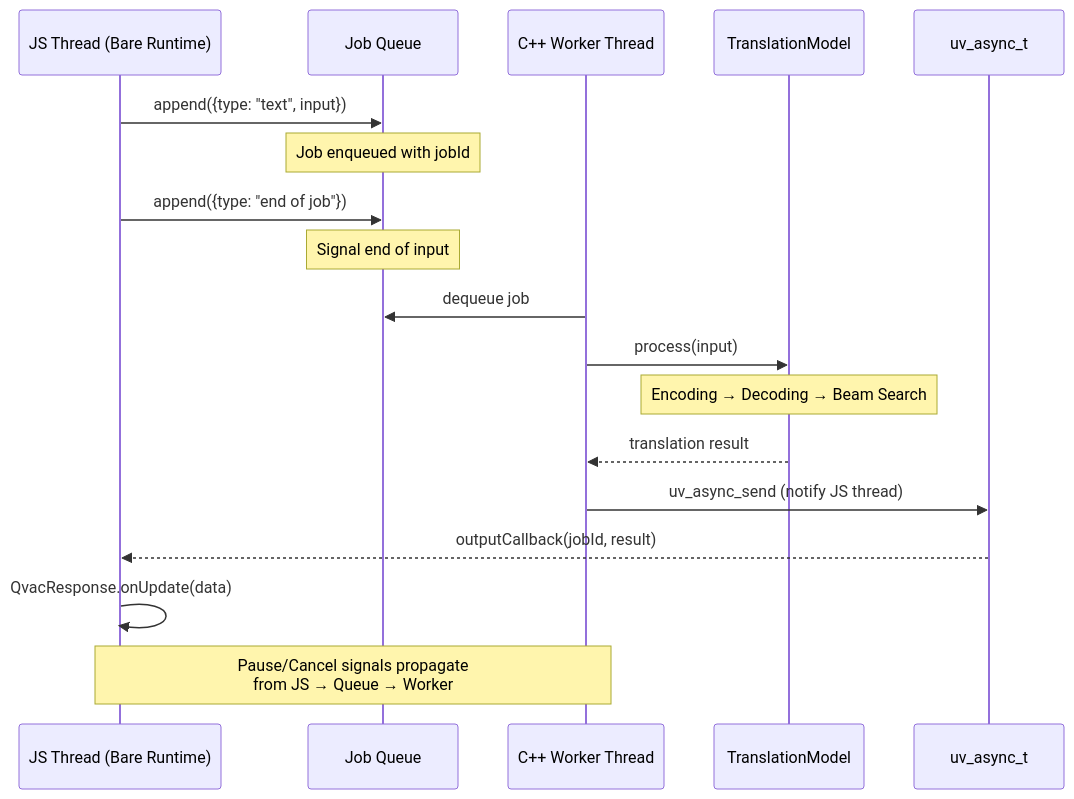
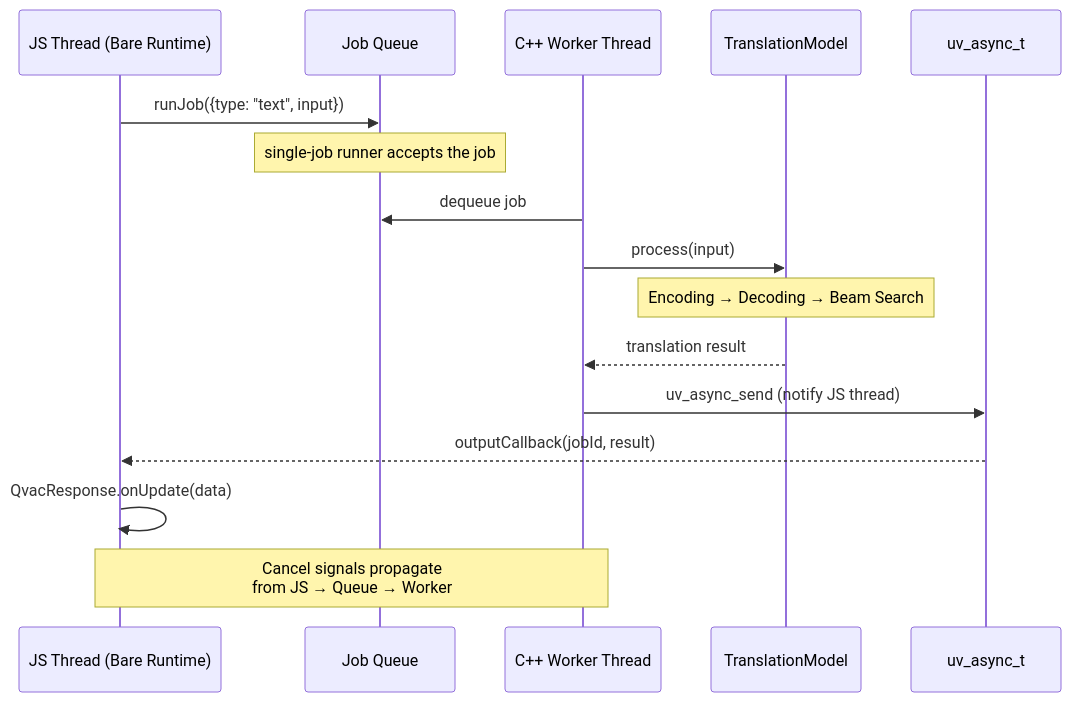
The sixth of 6 diagrams in packages/translation-nmtcpp/docs/data-flows-detailed.md (Zbig9000/qvac), drawn with Mermaid before and after one commit. The commit also changed other lines of this file and 17 other files, not shown here.

````diff
--- a/packages/translation-nmtcpp/docs/data-flows-detailed.md
+++ b/packages/translation-nmtcpp/docs/data-flows-detailed.md
@@ -325,25 +322,22 @@
 ```mermaid
 sequenceDiagram
     participant JS as JS Thread (Bare Runtime)
     participant Queue as Job Queue
     participant Worker as C++ Worker Thread
     participant TM as TranslationModel
     participant UV as uv_async_t
 
-    JS->>Queue: append({type: "text", input})
-    Note over Queue: Job enqueued with jobId
-
-    JS->>Queue: append({type: "end of job"})
-    Note over Queue: Signal end of input
+    JS->>Queue: runJob({type: "text", input})
+    Note over Queue: single-job runner accepts the job
 
     Worker->>Queue: dequeue job
     Worker->>TM: process(input)
     Note over TM: Encoding → Decoding → Beam Search
 
     TM-->>Worker: translation result
     Worker->>UV: uv_async_send (notify JS thread)
     UV-->>JS: outputCallback(jobId, result)
     JS->>JS: QvacResponse.onUpdate(data)
 
-    Note over JS,Worker: Pause/Cancel signals propagate<br/>from JS → Queue → Worker
+    Note over JS,Worker: Cancel signals propagate<br/>from JS → Queue → Worker
 ```
````
